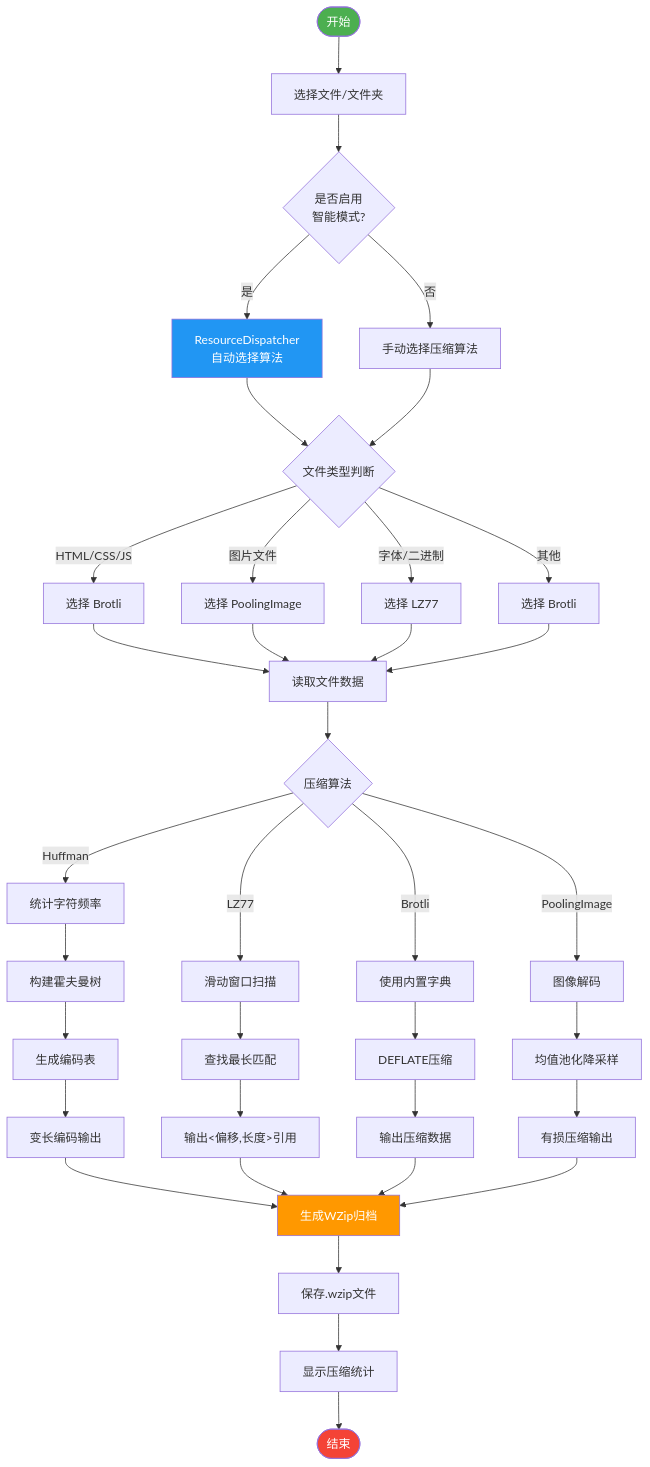
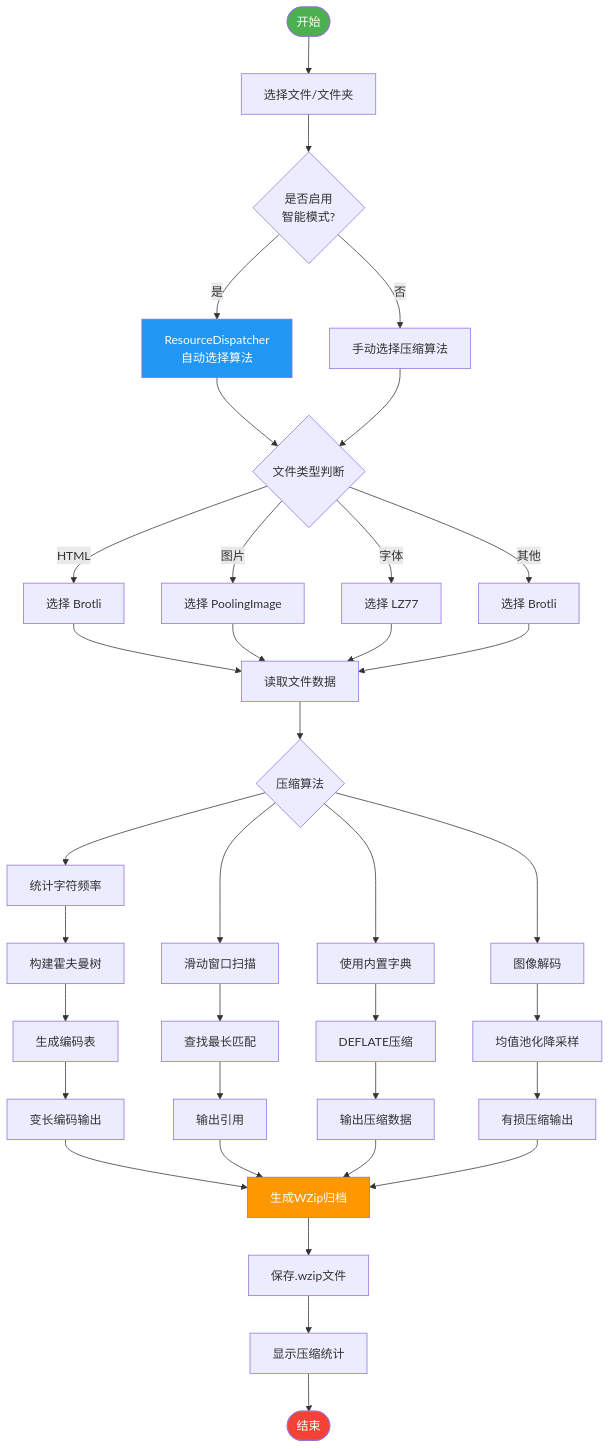
Before and after one commit to shadowdrop122/Webcompressor: the third of 7 diagrams in README.md, drawn with Mermaid. The commit also changed other lines of this file and 68 other files, not shown here.

````diff
--- a/README.md
+++ b/README.md
@@ -445,55 +406,55 @@
 ```mermaid
 flowchart TD
     START([开始]) --> SELECT[选择文件/文件夹]
 
     SELECT --> SM{是否启用<br/>智能模式?}
 
     SM -->|是| DISPATCH[ResourceDispatcher<br/>自动选择算法]
     SM -->|否| MANUAL[手动选择压缩算法]
 
     DISPATCH --> EXT{文件类型判断}
     MANUAL --> EXT
 
-    EXT -->|HTML/CSS/JS| BRO[选择 Brotli]
-    EXT -->|图片文件| POOL[选择 PoolingImage]
-    EXT -->|字体/二进制| LZ[选择 LZ77]
+    EXT -->|HTML| BRO[选择 Brotli]
+    EXT -->|图片| POOL[选择 PoolingImage]
+    EXT -->|字体| LZ[选择 LZ77]
     EXT -->|其他| BRO2[选择 Brotli]
 
     BRO --> READ[读取文件数据]
     POOL --> READ
     LZ --> READ
     BRO2 --> READ
 
     READ --> COMPRESS{压缩算法}
 
-    COMPRESS -->|Huffman| HF1[统计字符频率]
+    COMPRESS --> HF1[统计字符频率]
     HF1 --> HF2[构建霍夫曼树]
     HF2 --> HF3[生成编码表]
     HF3 --> HF4[变长编码输出]
 
-    COMPRESS -->|LZ77| LZ1[滑动窗口扫描]
+    COMPRESS --> LZ1[滑动窗口扫描]
     LZ1 --> LZ2[查找最长匹配]
-    LZ2 --> LZ3[输出&lt;偏移,长度&gt;引用]
+    LZ2 --> LZ3[输出引用]
 
-    COMPRESS -->|Brotli| BR1[使用内置字典]
+    COMPRESS --> BR1[使用内置字典]
     BR1 --> BR2[DEFLATE压缩]
     BR2 --> BR3[输出压缩数据]
 
-    COMPRESS -->|PoolingImage| PI1[图像解码]
+    COMPRESS --> PI1[图像解码]
     PI1 --> PI2[均值池化降采样]
     PI2 --> PI3[有损压缩输出]
 
     HF4 --> ARCHIVE[生成WZip归档]
     LZ3 --> ARCHIVE
     BR3 --> ARCHIVE
     PI3 --> ARCHIVE
 
     ARCHIVE --> SAVE[保存.wzip文件]
     SAVE --> OUTPUT[显示压缩统计]
     OUTPUT --> END([结束])
 
     style START fill:#4CAF50,color:#fff
     style END fill:#f44336,color:#fff
     style DISPATCH fill:#2196F3,color:#fff
     style ARCHIVE fill:#FF9800,color:#fff
 ```
````
